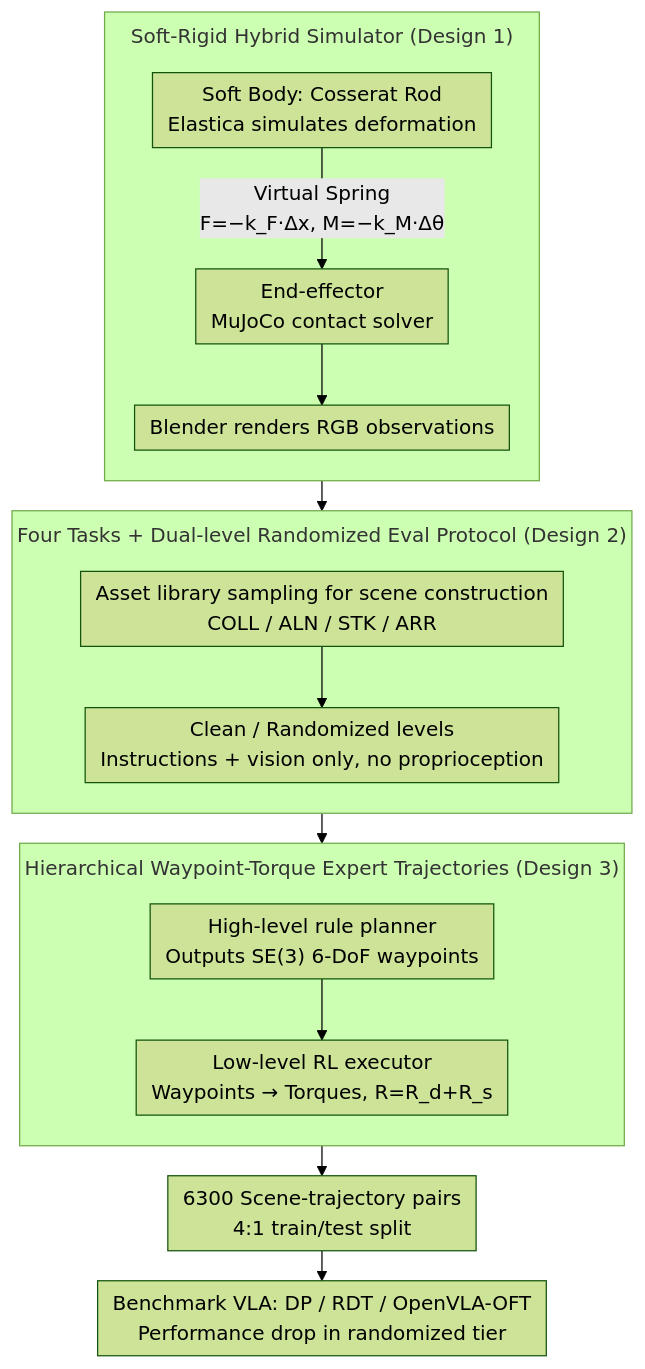
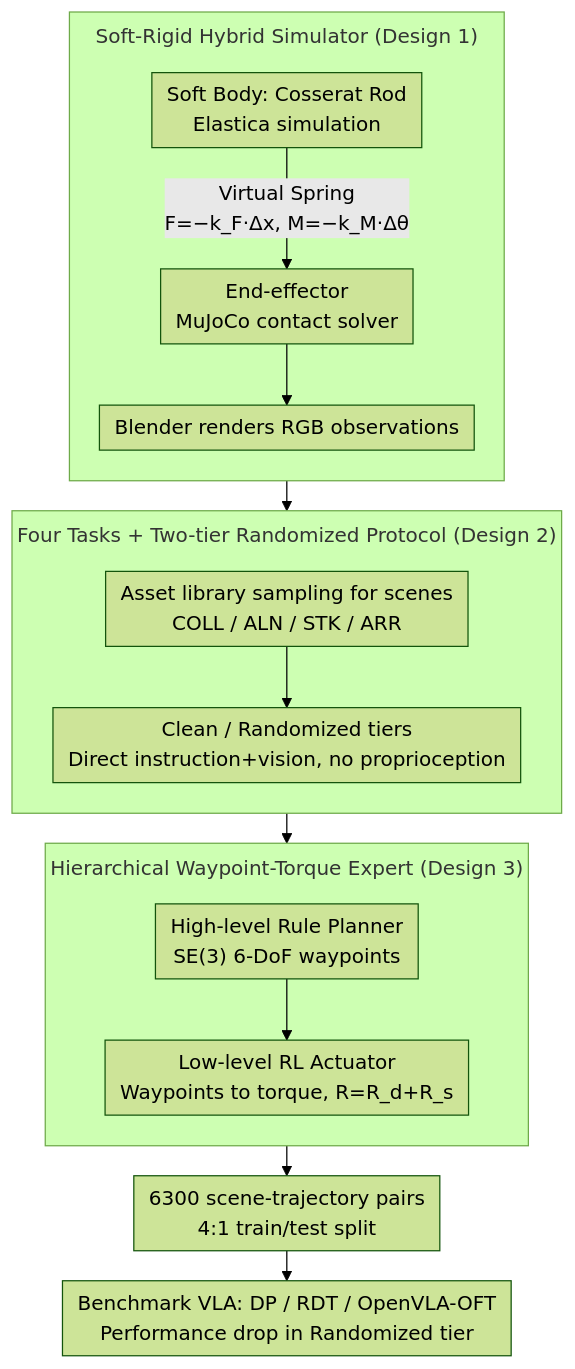
The diagram in docs/ICML2026/robotics/manisoft_towards_vision-language_manipulation_for_soft_continuum_robotics.md (zhaoyang97/Paper-Notes-en), drawn with Mermaid (forest theme) before and after one commit. The commit also changed other lines of this file and 5084 other files, not shown here.

````diff
--- a/docs/ICML2026/robotics/manisoft_towards_vision-language_manipulation_for_soft_continuum_robotics.md
+++ b/docs/ICML2026/robotics/manisoft_towards_vision-language_manipulation_for_soft_continuum_robotics.md
@@ -44,21 +44,21 @@
 ```mermaid
 %%{init: {'flowchart': {'rankSpacing': 24, 'nodeSpacing': 28, 'padding': 6, 'wrappingWidth': 400, 'subGraphTitleMargin': {'top': 8, 'bottom': 16}}}}%%
 flowchart TD
     subgraph SIM["Soft-Rigid Hybrid Simulator (Design 1)"]
         direction TB
-        A["Soft Body: Cosserat Rod<br/>Elastica simulates deformation"] -->|"Virtual Spring<br/>F=−k_F·Δx, M=−k_M·Δθ"| B["End-effector<br/>MuJoCo contact solver"]
+        A["Soft Body: Cosserat Rod<br/>Elastica simulation"] -->|"Virtual Spring<br/>F=−k_F·Δx, M=−k_M·Δθ"| B["End-effector<br/>MuJoCo contact solver"]
         B --> R["Blender renders RGB observations"]
     end
     SIM --> TASK
-    subgraph TASK["Four Tasks + Dual-level Randomized Eval Protocol (Design 2)"]
+    subgraph TASK["Four Tasks + Two-tier Randomized Protocol (Design 2)"]
         direction TB
-        C["Asset library sampling for scene construction<br/>COLL / ALN / STK / ARR"] --> D["Clean / Randomized levels<br/>Instructions + vision only, no proprioception"]
+        C["Asset library sampling for scenes<br/>COLL / ALN / STK / ARR"] --> D["Clean / Randomized tiers<br/>Direct instruction+vision, no proprioception"]
     end
     TASK --> TRAJ
-    subgraph TRAJ["Hierarchical Waypoint-Torque Expert Trajectories (Design 3)"]
+    subgraph TRAJ["Hierarchical Waypoint-Torque Expert (Design 3)"]
         direction TB
-        E["High-level rule planner<br/>Outputs SE(3) 6-DoF waypoints"] --> F["Low-level RL executor<br/>Waypoints → Torques, R=R_d+R_s"]
+        E["High-level Rule Planner<br/>SE(3) 6-DoF waypoints"] --> F["Low-level RL Actuator<br/>Waypoints to torque, R=R_d+R_s"]
     end
-    TRAJ --> G["6300 Scene-trajectory pairs<br/>4:1 train/test split"]
-    G --> H["Benchmark VLA: DP / RDT / OpenVLA-OFT<br/>Performance drop in randomized tier"]
+    TRAJ --> G["6300 scene-trajectory pairs<br/>4:1 train/test split"]
+    G --> H["Benchmark VLA: DP / RDT / OpenVLA-OFT<br/>Performance drop in Randomized tier"]
 ```
````
